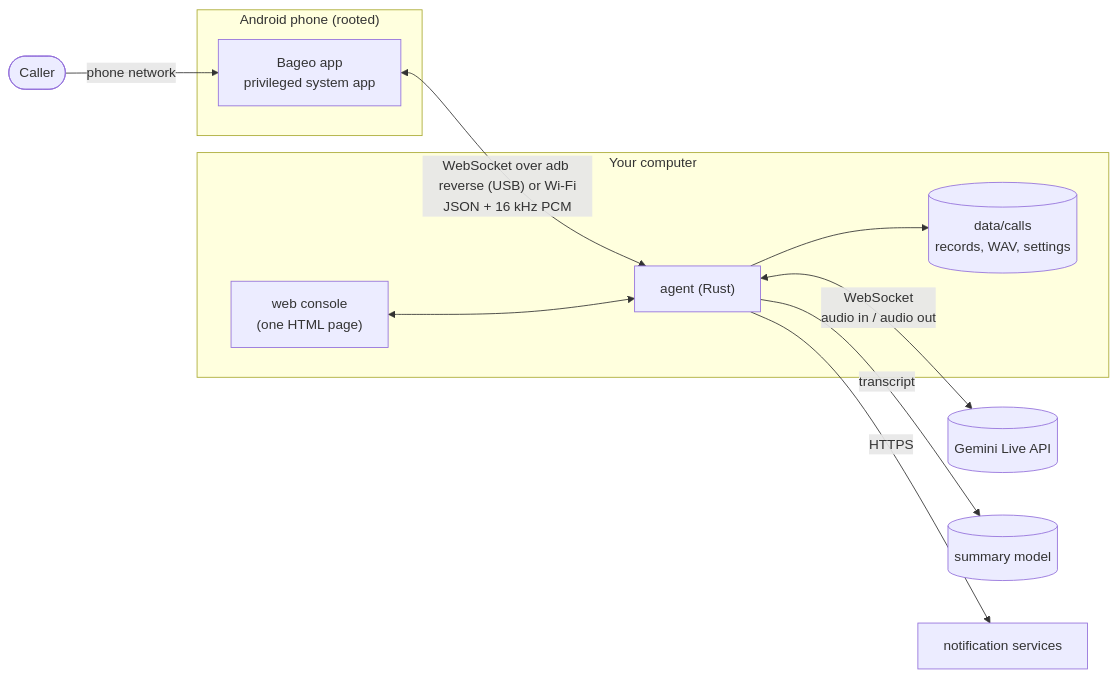
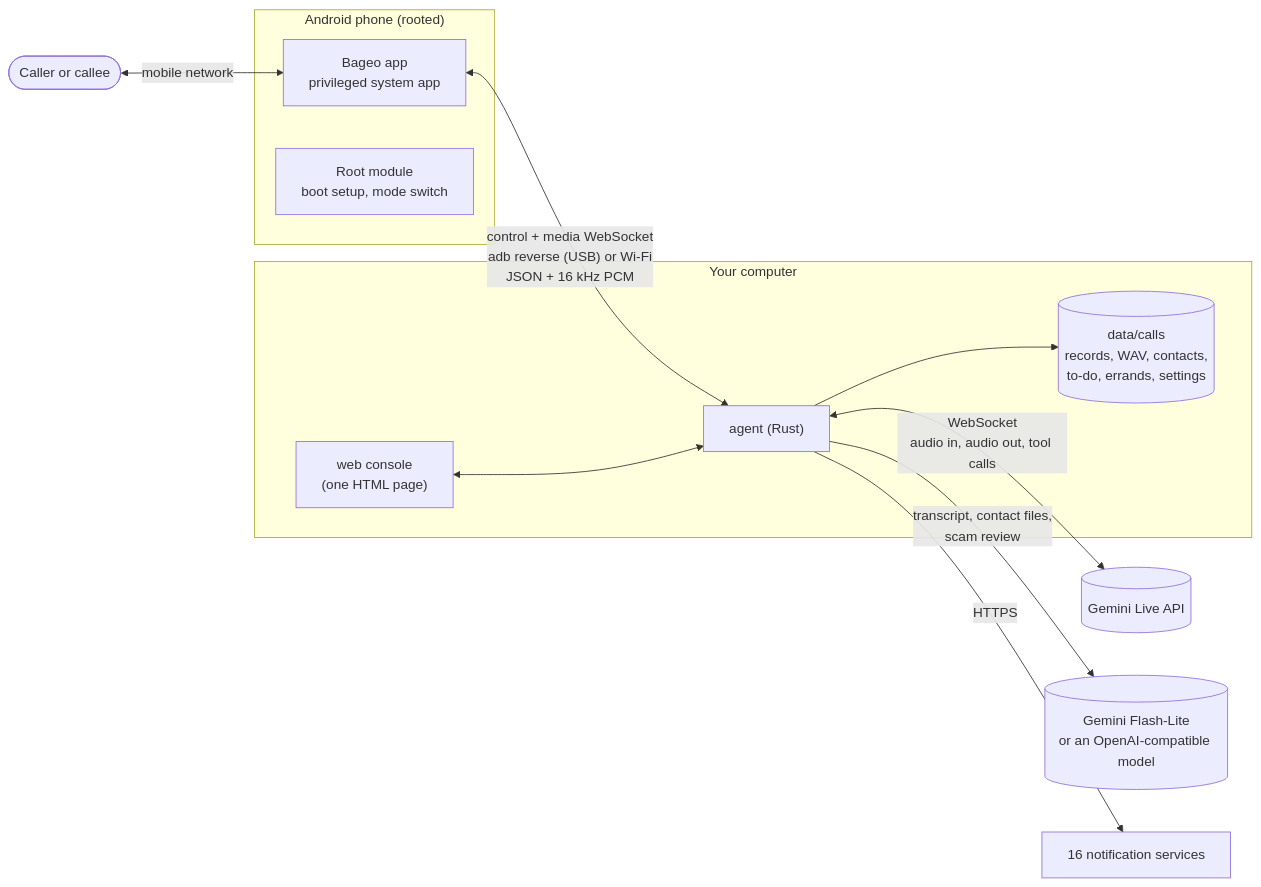
The diagram in docs/en/ARCHITECTURE.md (h4lo-void/bageo-call), drawn with Mermaid before and after one commit. The commit also changed other lines of this file and 47 other files, not shown here.

````diff
--- a/docs/en/ARCHITECTURE.md
+++ b/docs/en/ARCHITECTURE.md
@@ -3,18 +9,19 @@
 ```mermaid
 flowchart LR
     subgraph phone["Android phone (rooted)"]
         app["Bageo app<br/>privileged system app"]
+        module["Root module<br/>boot setup, mode switch"]
     end
     subgraph pc["Your computer"]
         agent["agent (Rust)"]
-        data[("data/calls<br/>records, WAV, settings")]
+        data[("data/calls<br/>records, WAV, contacts,<br/>to-do, errands, settings")]
         ui["web console<br/>(one HTML page)"]
     end
-    caller([Caller]) -- "phone network" --> app
-    app <-- "WebSocket over adb reverse (USB) or Wi-Fi<br/>JSON + 16 kHz PCM" --> agent
-    agent <-- "WebSocket<br/>audio in / audio out" --> gemini[(Gemini Live API)]
-    agent -- "transcript" --> llm[(summary model)]
+    other([Caller or callee]) <-- "mobile network" --> app
+    app <-- "control + media WebSocket<br/>adb reverse (USB) or Wi-Fi<br/>JSON + 16 kHz PCM" --> agent
+    agent <-- "WebSocket<br/>audio in, audio out, tool calls" --> gemini[(Gemini Live API)]
+    agent -- "transcript, contact files,<br/>scam review" --> llm[("Gemini Flash-Lite<br/>or an OpenAI-compatible model")]
     agent --> data
     ui <--> agent
-    agent -- "HTTPS" --> notify["notification services"]
+    agent -- "HTTPS" --> notify["16 notification services"]
 ```
````
